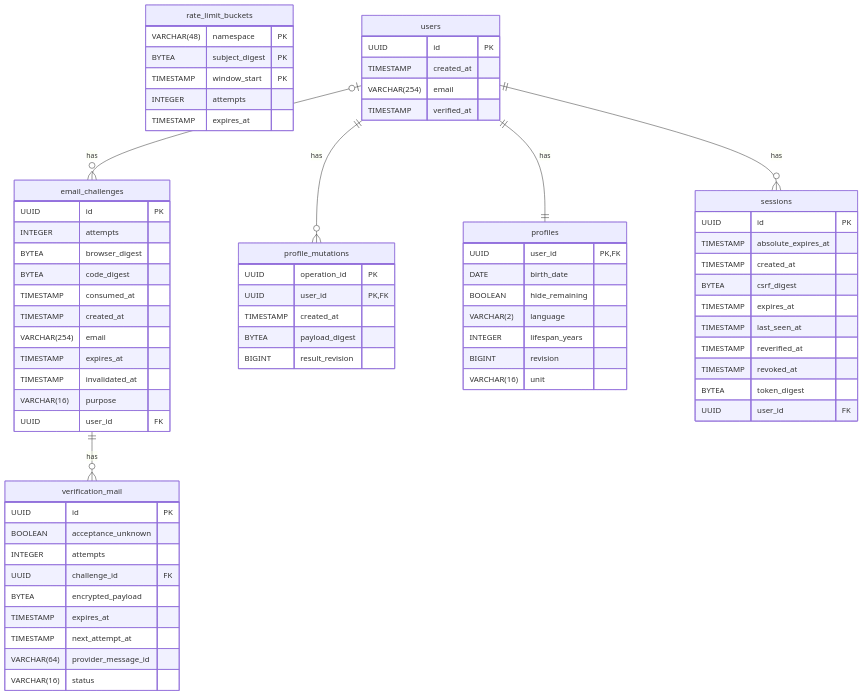
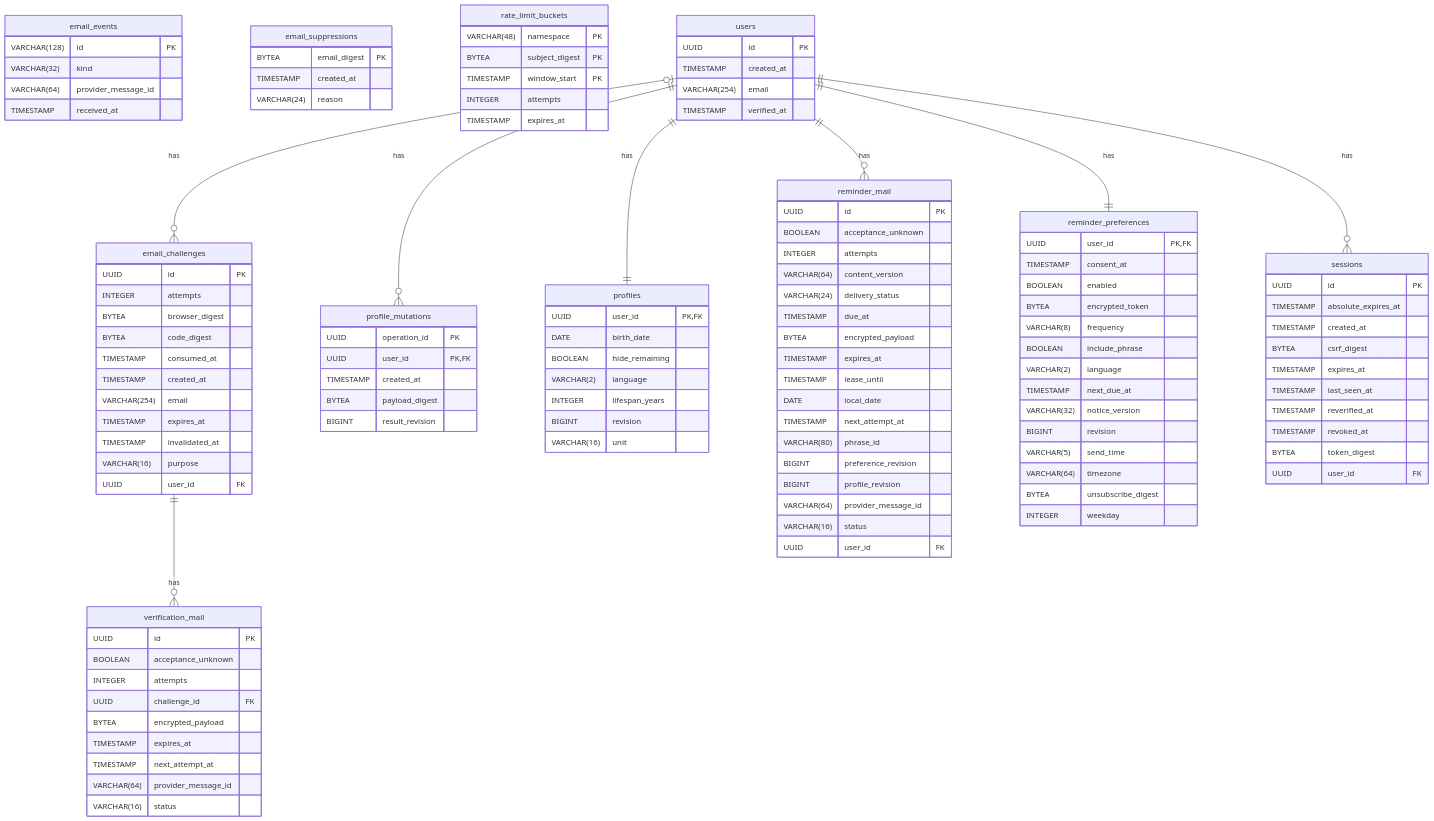
The diagram in docs/architecture/database-schema.md (agapeengineering/aion), drawn with Mermaid before and after one commit. The commit also changed other lines of this file and 56 other files, not shown here.

First line of the commit message:
feat: add opt-in email reminders and curated phrase publishing

````diff
--- a/docs/architecture/database-schema.md
+++ b/docs/architecture/database-schema.md
@@ -18,6 +18,17 @@
    TIMESTAMP invalidated_at
    VARCHAR(16) purpose
    UUID user_id FK
+}
+email_events {
+ VARCHAR(128) id PK
+   VARCHAR(32) kind
+   VARCHAR(64) provider_message_id
+   TIMESTAMP received_at
+}
+email_suppressions {
+ BYTEA email_digest PK
+   TIMESTAMP created_at
+   VARCHAR(24) reason
 }
 profile_mutations {
  UUID operation_id PK
@@ -41,6 +52,41 @@
    TIMESTAMP window_start PK
    INTEGER attempts
    TIMESTAMP expires_at
+}
+reminder_mail {
+ UUID id PK
+   BOOLEAN acceptance_unknown
+   INTEGER attempts
+   VARCHAR(64) content_version
+   VARCHAR(24) delivery_status
+   TIMESTAMP due_at
+   BYTEA encrypted_payload
+   TIMESTAMP expires_at
+   TIMESTAMP lease_until
+   DATE local_date
+   TIMESTAMP next_attempt_at
+   VARCHAR(80) phrase_id
+   BIGINT preference_revision
+   BIGINT profile_revision
+   VARCHAR(64) provider_message_id
+   VARCHAR(16) status
+   UUID user_id FK
+}
+reminder_preferences {
+ UUID user_id PK, FK
+   TIMESTAMP consent_at
+   BOOLEAN enabled
+   BYTEA encrypted_token
+   VARCHAR(8) frequency
+   BOOLEAN include_phrase
+   VARCHAR(2) language
+   TIMESTAMP next_due_at
+   VARCHAR(32) notice_version
+   BIGINT revision
+   VARCHAR(5) send_time
+   VARCHAR(64) timezone
+   BYTEA unsubscribe_digest
+   INTEGER weekday
 }
 sessions {
  UUID id PK
@@ -74,6 +120,8 @@
 users o|--o{ email_challenges : has
 users ||--o{ profile_mutations : has
 users ||--|| profiles : has
+users ||--o{ reminder_mail : has
+users ||--|| reminder_preferences : has
 users ||--o{ sessions : has
 email_challenges ||--o{ verification_mail : has
 ```
````
